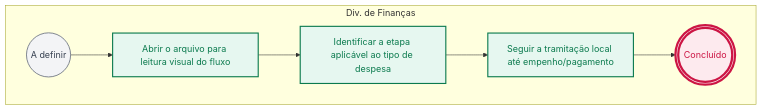
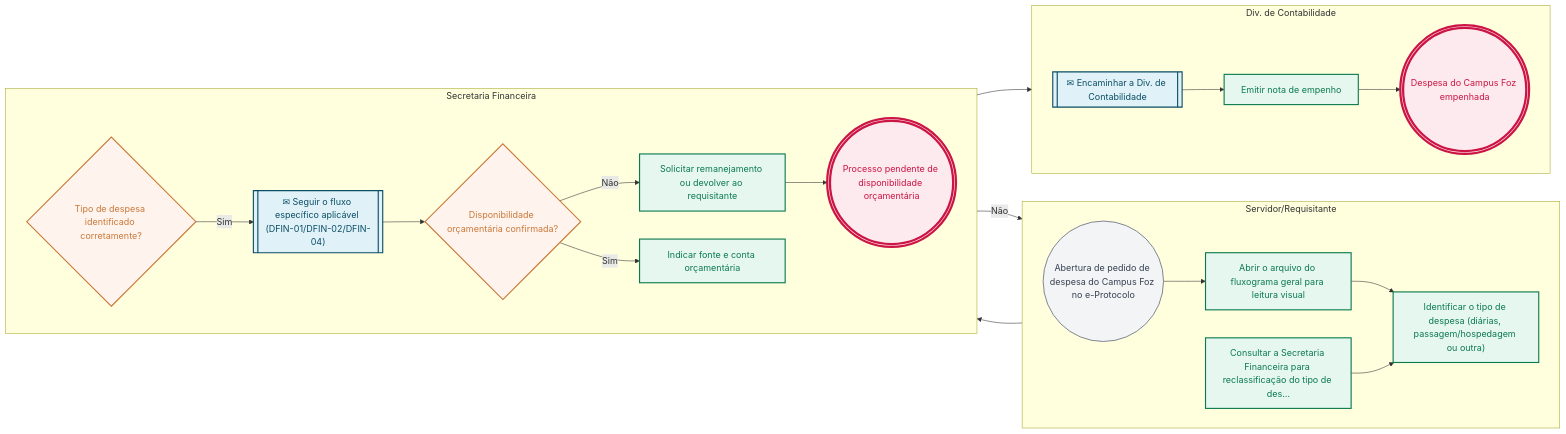
The second of 2 diagrams in pops/DFIN/DFIN-03.md (jessefers/canvas-vivo-atdg), drawn with Mermaid before and after one commit. The commit also changed other lines of this file and 95 other files, not shown here.

````diff
--- a/pops/DFIN/DFIN-03.md
+++ b/pops/DFIN/DFIN-03.md
@@ -118,24 +160,49 @@
 ```mermaid
 flowchart LR
-  subgraph R1["Div. de Finanças"]
+  subgraph R1["Servidor/Requisitante"]
     direction LR
-    e1(("A definir"))
-    e2["Abrir o arquivo para leitura visual do fluxo"]
-    e3["Identificar a etapa aplicável ao tipo de despesa"]
-    e4["Seguir a tramitação local até empenho/pagamento"]
-    e5((("Concluído")))
+    e1(("Abertura de pedido de despesa do Campus Foz no e-Protocolo"))
+    e2["Abrir o arquivo do fluxograma geral para leitura visual"]
+    e3["Identificar o tipo de despesa (diárias, passagem/hospedagem ou outra)"]
+    e5["Consultar a Secretaria Financeira para reclassificação do tipo de des…"]
+  end
+  subgraph R2["Secretaria Financeira"]
+    direction LR
+    e4{"Tipo de despesa identificado corretamente?"}
+    e6[["✉ Seguir o fluxo específico aplicável (DFIN-01/DFIN-02/DFIN-04)"]]
+    e7{"Disponibilidade orçamentária confirmada?"}
+    e8["Solicitar remanejamento ou devolver ao requisitante"]
+    e9((("Processo pendente de disponibilidade orçamentária")))
+    e10["Indicar fonte e conta orçamentária"]
+  end
+  subgraph R3["Div. de Contabilidade"]
+    direction LR
+    e11[["✉ Encaminhar a Div. de Contabilidade"]]
+    e12["Emitir nota de empenho"]
+    e13((("Despesa do Campus Foz empenhada")))
   end
   e1 --> e2
   e2 --> e3
   e3 --> e4
-  e4 --> e5
+  e4 -- Não --> e5
+  e5 --> e3
+  e4 -- Sim --> e6
+  e6 --> e7
+  e7 -- Não --> e8
+  e8 --> e9
+  e7 -- Sim --> e10
+  e10 --> e11
+  e11 --> e12
+  e12 --> e13
   classDef inicio fill:#f3f4f6,stroke:#6b7280,stroke-width:1.5px,color:#374151
   classDef atividade fill:#E6F7F0,stroke:#0B7A4E,stroke-width:2px,color:#0B7A4E
   classDef decisao fill:#FFF4ED,stroke:#C9783A,stroke-width:2px,color:#C9783A
   classDef fim fill:#FDEAEE,stroke:#CC1544,stroke-width:4px,color:#CC1544
   classDef pausa fill:#FDEAEE,stroke:#CC1544,stroke-width:2px,color:#CC1544
   classDef captura fill:#E0F2F8,stroke:#0B4D66,stroke-width:2px,color:#0B4D66
   class e1 inicio
-  class e2,e3,e4 atividade
-  class e5 fim
+  class e2,e3,e5,e8,e10,e12 atividade
+  class e4,e7 decisao
+  class e6,e11 captura
+  class e9,e13 fim
 ```
````
